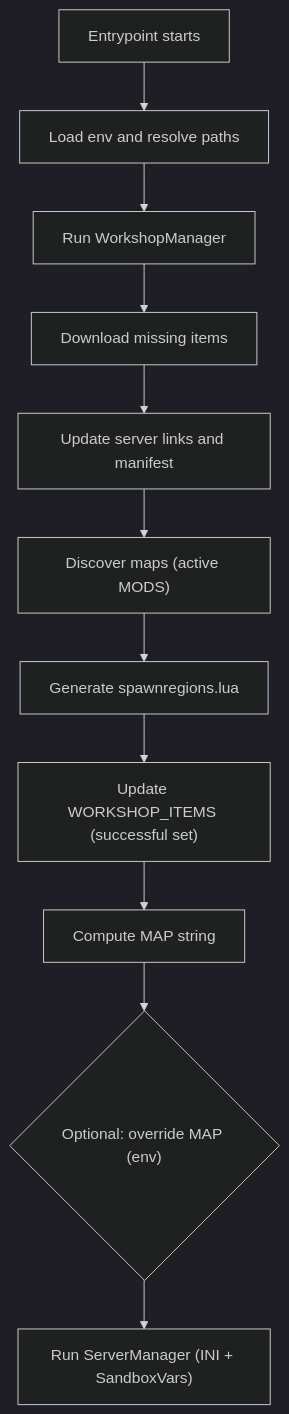
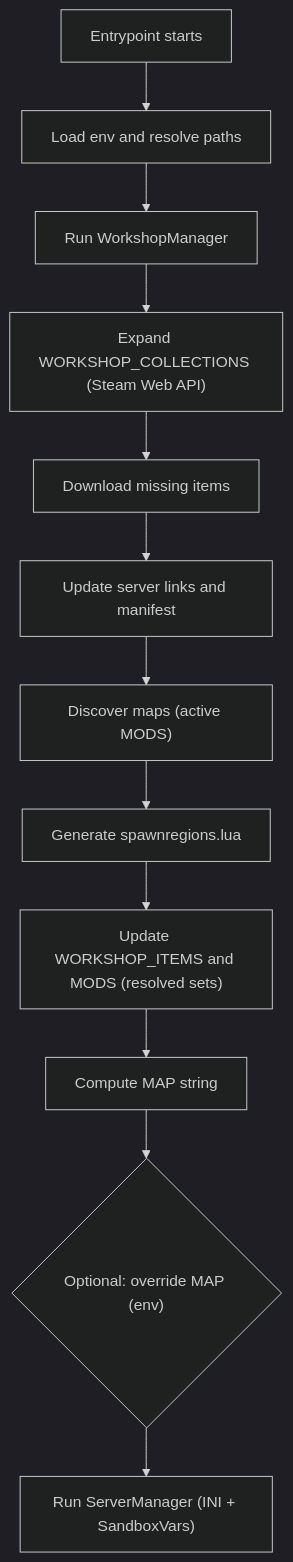
Before and after one commit to meshi-team/project-zomboid-server: the diagram in docs/how_does_it_work/2-workshop-configuration.md, drawn with Mermaid (dark theme). The commit also changed other lines of this file and 6 other files, not shown here.

Commit message:
feat: expand steam workshop collections into items and mods (#40)

````diff
--- a/docs/how_does_it_work/2-workshop-configuration.md
+++ b/docs/how_does_it_work/2-workshop-configuration.md
@@ -7,13 +7,14 @@
 ```mermaid
 flowchart TD
       A["Entrypoint starts"] --> B["Load env and resolve paths"]
       B --> C["Run WorkshopManager"]
-      C --> D["Download missing items"]
+      C --> C2["Expand WORKSHOP_COLLECTIONS (Steam Web API)"]
+      C2 --> D["Download missing items"]
       D --> E["Update server links and manifest"]
       E --> F["Discover maps (active MODS)"]
       F --> G["Generate spawnregions.lua"]
-      G --> H["Update WORKSHOP_ITEMS (successful set)"]
+      G --> H["Update WORKSHOP_ITEMS and MODS (resolved sets)"]
       H --> I["Compute MAP string"]
       I --> J{"Optional: override MAP (env)"}
       J --> K["Run ServerManager (INI + SandboxVars)"]
 ```
````
